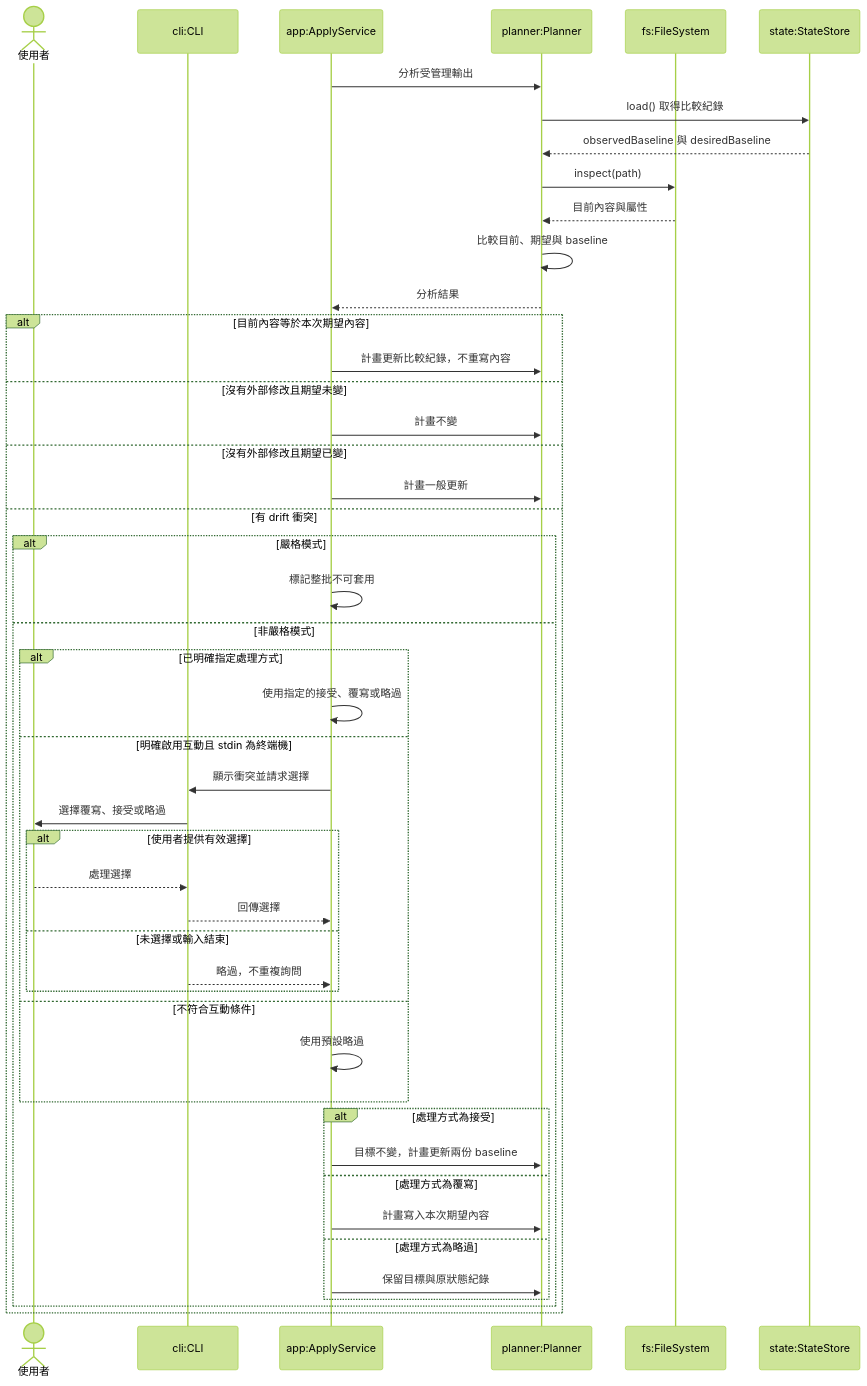
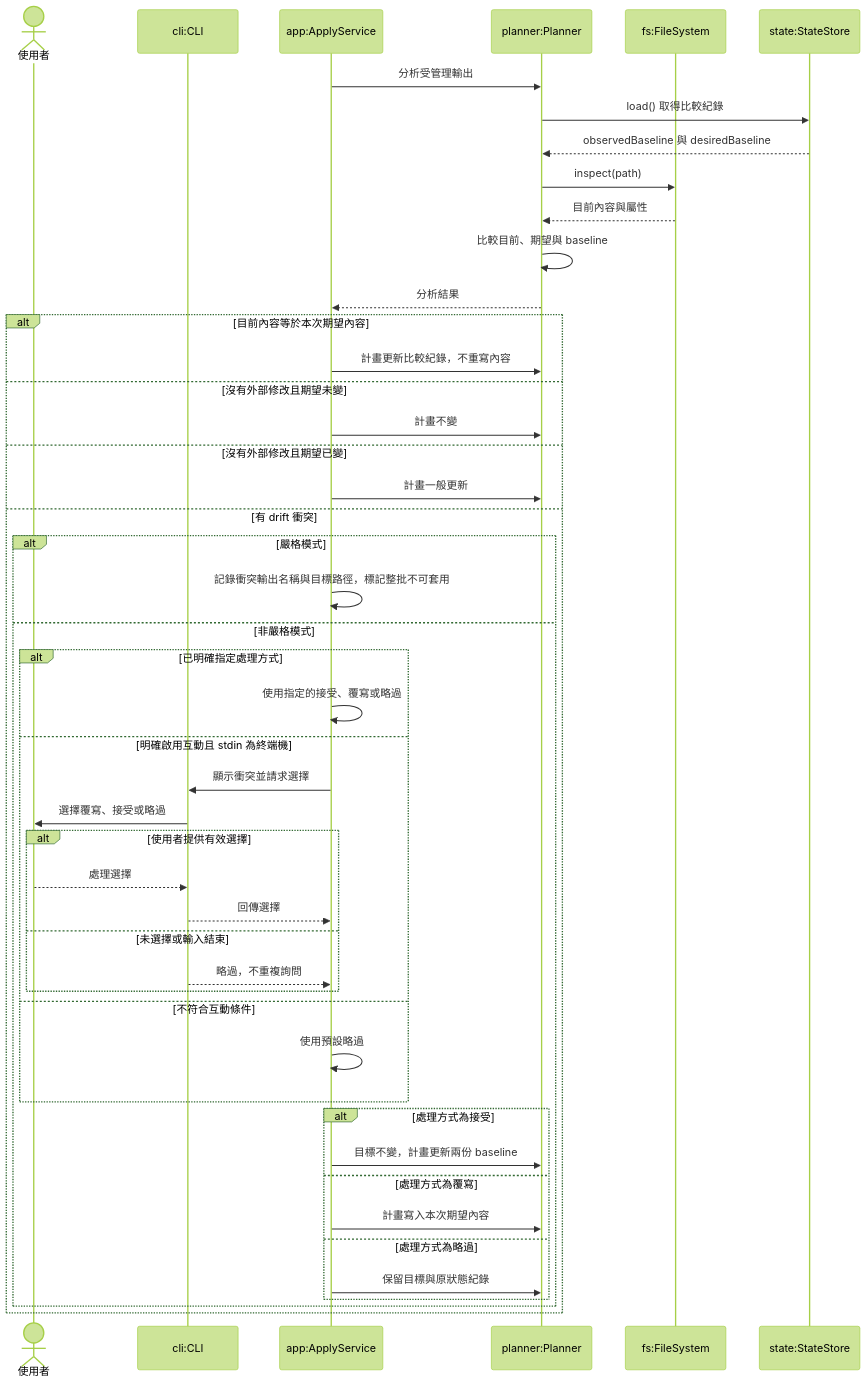
One commit to accidental-two-timer-sam-woof/rosamta-waterfall changed the seventh of 10 diagrams in docs/03-preliminary-design/uml.md. Above: the diagram before and after it, drawn with Mermaid (forest theme). The commit also changed other lines of this file, not shown here.

````diff
--- a/docs/03-preliminary-design/uml.md
+++ b/docs/03-preliminary-design/uml.md
@@ -449,52 +449,52 @@
 ```mermaid
 sequenceDiagram
     actor U as 使用者
     participant C as cli:CLI
     participant A as app:ApplyService
     participant P as planner:Planner
     participant F as fs:FileSystem
     participant S as state:StateStore
 
     A->>P: 分析受管理輸出
     P->>S: load() 取得比較紀錄
     S-->>P: observedBaseline 與 desiredBaseline
     P->>F: inspect(path)
     F-->>P: 目前內容與屬性
     P->>P: 比較目前、期望與 baseline
     P-->>A: 分析結果
 
     alt 目前內容等於本次期望內容
         A->>P: 計畫更新比較紀錄，不重寫內容
     else 沒有外部修改且期望未變
         A->>P: 計畫不變
     else 沒有外部修改且期望已變
         A->>P: 計畫一般更新
     else 有 drift 衝突
         alt 嚴格模式
-            A->>A: 標記整批不可套用
+            A->>A: 記錄衝突輸出名稱與目標路徑，標記整批不可套用
         else 非嚴格模式
             alt 已明確指定處理方式
                 A->>A: 使用指定的接受、覆寫或略過
             else 明確啟用互動且 stdin 為終端機
                 A->>C: 顯示衝突並請求選擇
                 C->>U: 選擇覆寫、接受或略過
                 alt 使用者提供有效選擇
                     U-->>C: 處理選擇
                     C-->>A: 回傳選擇
                 else 未選擇或輸入結束
                     C-->>A: 略過，不重複詢問
                 end
             else 不符合互動條件
                 A->>A: 使用預設略過
             end
 
             alt 處理方式為接受
                 A->>P: 目標不變，計畫更新兩份 baseline
             else 處理方式為覆寫
                 A->>P: 計畫寫入本次期望內容
             else 處理方式為略過
                 A->>P: 保留目標與原狀態紀錄
             end
         end
     end
 ```
````
